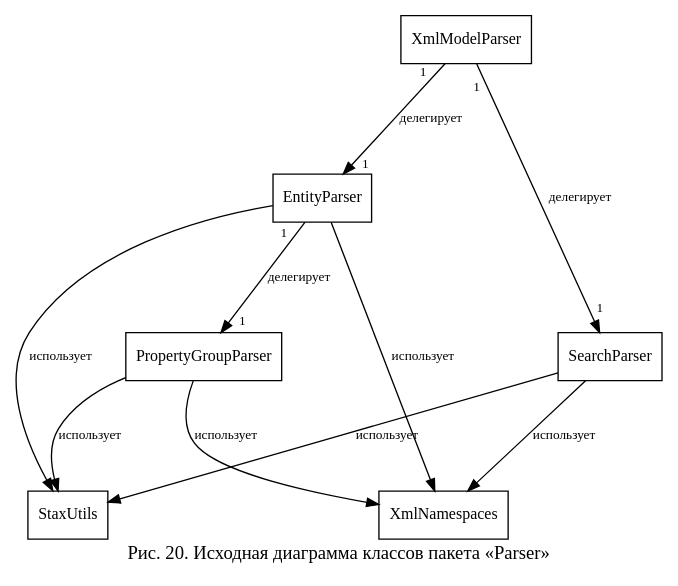
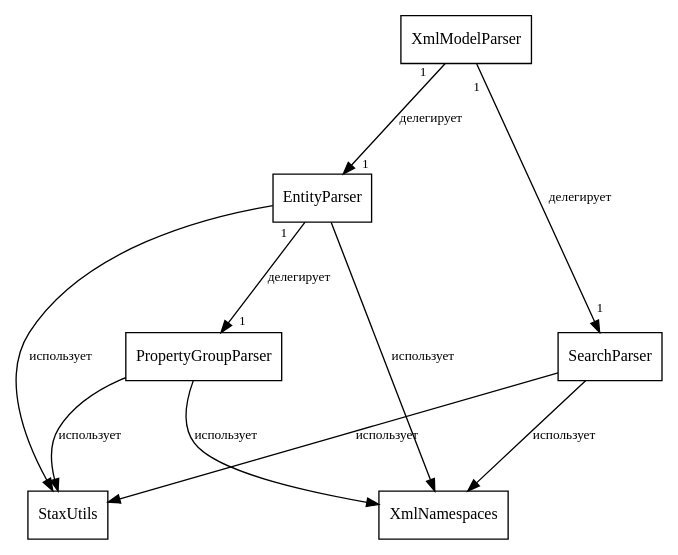
The diagram in diagrams/cls_parser_initial.dot (nastolbov/AutoTestGeneratorUpdate), drawn with Graphviz before and after one commit. The commit also changed 54 other files, not shown here.

First line of the commit message:
diagrams: 18 ДПС + фикс детальных (shape=record) + MD по структуре диплома

```diff
--- a/diagrams/cls_parser_initial.dot
+++ b/diagrams/cls_parser_initial.dot
@@ -1,24 +1,23 @@
-digraph PII {
-    rankdir=TB; fontname="Liberation Serif"; fontsize=14;
-    label="Рис. 20. Исходная диаграмма классов пакета «Parser»"; labelloc=b;
+digraph cls_parser_initial {
+    rankdir=TB; fontname="Liberation Serif";
     nodesep=0.7; ranksep=1.0;
     node [fontname="Liberation Serif", fontsize=12, shape=box, style=filled, fillcolor=white];
     edge [color=black, fontname="Liberation Serif", fontsize=10, labeldistance=1.8, arrowsize=0.9];
 
     XMP [label="XmlModelParser"];
     EP  [label="EntityParser"];
     PGP [label="PropertyGroupParser"];
     SP  [label="SearchParser"];
     SU  [label="StaxUtils"];
     XN  [label="XmlNamespaces"];
-
     XMP -> EP  [label="делегирует", taillabel="1", headlabel="1"];
     XMP -> SP  [label="делегирует", taillabel="1", headlabel="1"];
     EP  -> PGP [label="делегирует", taillabel="1", headlabel="1"];
     EP  -> SU  [label="использует"];
     PGP -> SU  [label="использует"];
     SP  -> SU  [label="использует"];
     EP  -> XN  [label="использует"];
     PGP -> XN  [label="использует"];
     SP  -> XN  [label="использует"];
+
 }
```
